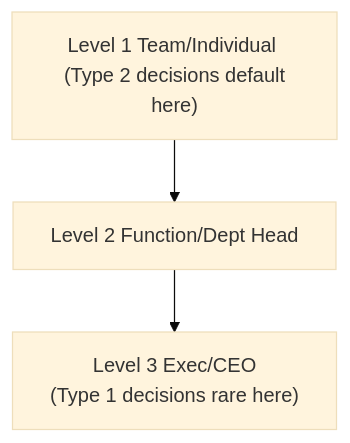
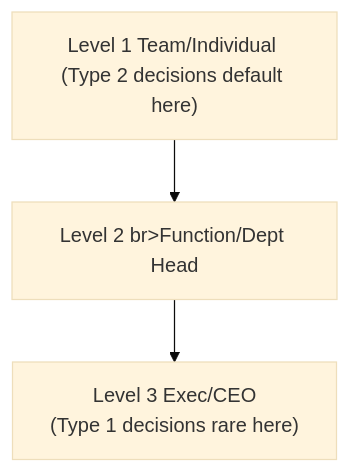
The diagram in executive_leadership_301_chapter_06.md (ngtranthanhtoan/business-301-executive-leadership), drawn with Mermaid (base theme) before and after one commit.

````diff
--- a/executive_leadership_301_chapter_06.md
+++ b/executive_leadership_301_chapter_06.md
@@ -36,5 +36,5 @@
 ```mermaid
 flowchart TB
-  L1["Level 1 Team/Individual <br> (Type 2 decisions default here)"] --> L2["Level 2 Function/Dept Head"]
-  L2 --> L3["Level 3 Exec/CEO <br> (Type 1 decisions rare here)"]
+  L1["Level 1 Team/Individual <br>(Type 2 decisions default here)"] --> L2["Level 2 br>Function/Dept Head"]
+  L2 --> L3["Level 3 Exec/CEO <br>(Type 1 decisions rare here)"]
 ```
````
